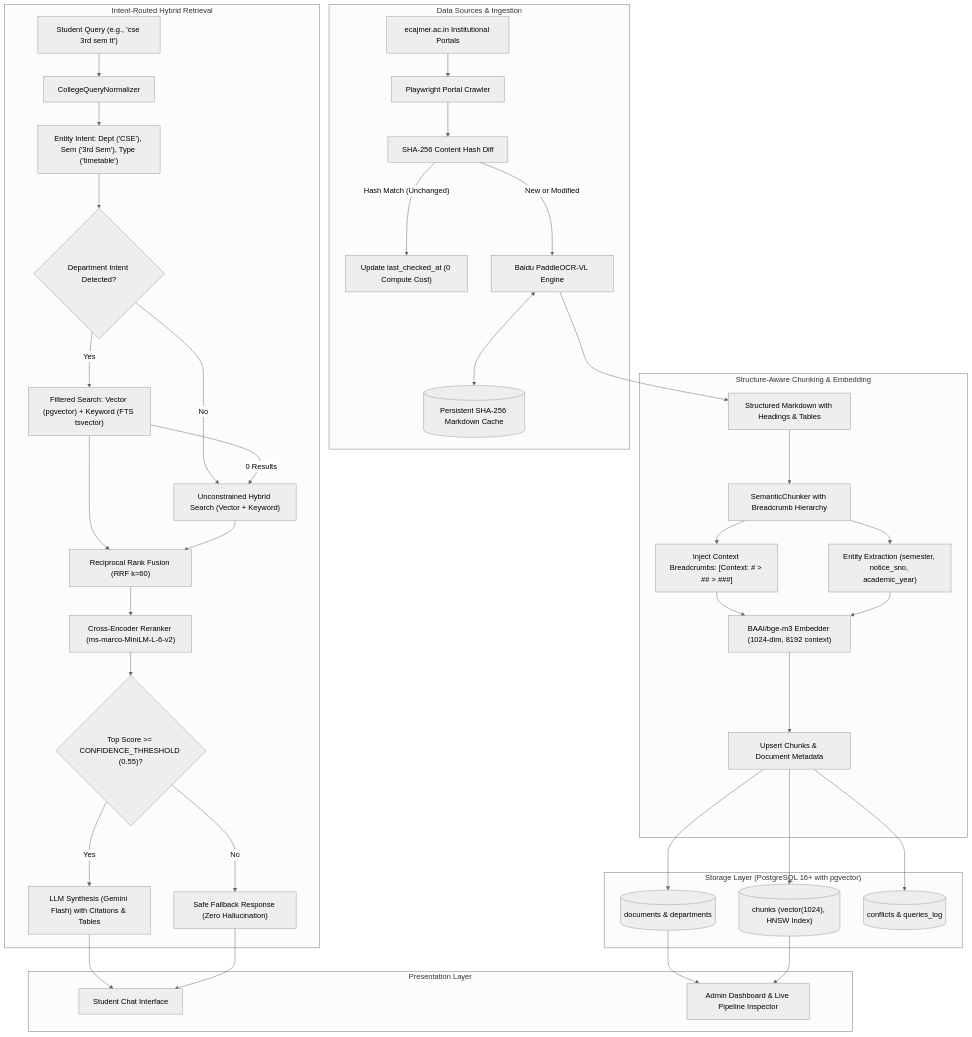
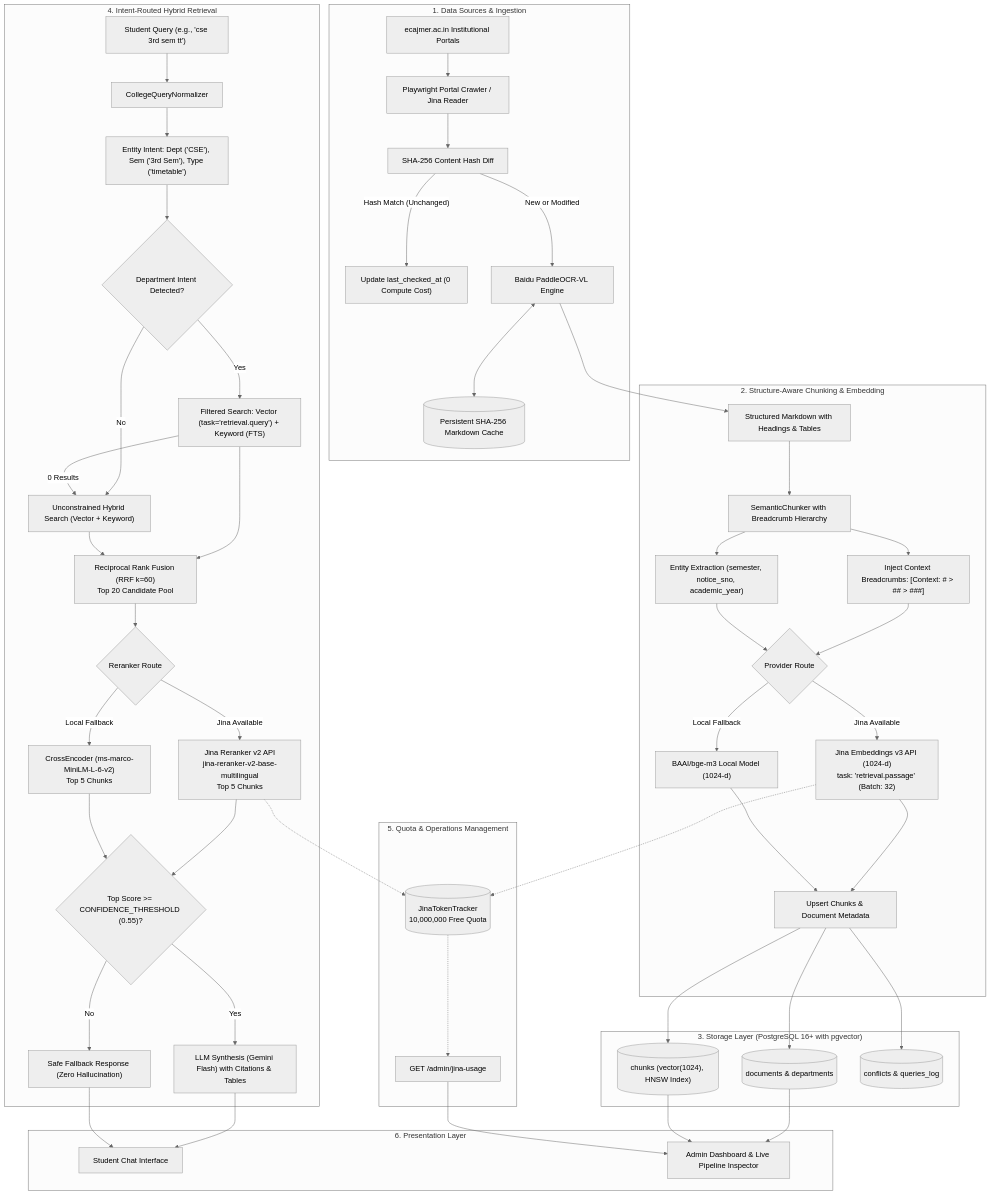
The diagram in docs/EduSync_Technical_Design_Document.md (shubhamkumarsharma03/Edusync), drawn with Mermaid (neutral theme) before and after one commit. The commit also changed other lines of this file and 2 other files, not shown here.

Commit message:
docs: update README, TDD, and ADR-015 for Jina AI integration and quota tracking

````diff
--- a/docs/EduSync_Technical_Design_Document.md
+++ b/docs/EduSync_Technical_Design_Document.md
@@ -36,44 +38,54 @@
 ```mermaid
 flowchart TD
-    subgraph DataSources ["Data Sources & Ingestion"]
-        DS1["ecajmer.ac.in Institutional Portals"] --> CRAWL["Playwright Portal Crawler"]
+    subgraph DataSources ["1. Data Sources & Ingestion"]
+        DS1["ecajmer.ac.in Institutional Portals"] --> CRAWL["Playwright Portal Crawler / Jina Reader"]
         CRAWL --> HASH["SHA-256 Content Hash Diff"]
         HASH -- "Hash Match (Unchanged)" --> SKIP["Update last_checked_at (0 Compute Cost)"]
         HASH -- "New or Modified" --> OCR["Baidu PaddleOCR-VL Engine"]
         OCR <--> OCACHE[("Persistent SHA-256 Markdown Cache")]
     end
 
-    subgraph ChunkingAndEmbedding ["Structure-Aware Chunking & Embedding"]
+    subgraph ChunkingAndEmbedding ["2. Structure-Aware Chunking & Embedding"]
         OCR --> MD["Structured Markdown with Headings & Tables"]
         MD --> CHUNKER["SemanticChunker with Breadcrumb Hierarchy"]
         CHUNKER --> ENT["Entity Extraction (semester, notice_sno, academic_year)"]
         CHUNKER --> BC["Inject Context Breadcrumbs: [Context: # > ## > ###]"]
-        BC & ENT --> EMBED["BAAI/bge-m3 Embedder (1024-dim, 8192 context)"]
-        EMBED --> UP["Upsert Chunks & Document Metadata"]
+        BC & ENT --> EMBED{"Provider Route"}
+        EMBED -- "Jina Available" --> JINA_EMBED["Jina Embeddings v3 API (1024-d)<br/>task: 'retrieval.passage' (Batch: 32)"]
+        EMBED -- "Local Fallback" --> LOCAL_EMBED["BAAI/bge-m3 Local Model (1024-d)"]
+        JINA_EMBED & LOCAL_EMBED --> UP["Upsert Chunks & Document Metadata"]
     end
 
-    subgraph StorageLayer ["Storage Layer (PostgreSQL 16+ with pgvector)"]
+    subgraph StorageLayer ["3. Storage Layer (PostgreSQL 16+ with pgvector)"]
         UP --> DB_DOCS[("documents & departments")]
         UP --> DB_CHUNKS[("chunks (vector(1024), HNSW Index)")]
         UP --> DB_CONF[("conflicts & queries_log")]
     end
 
-    subgraph RetrievalPipeline ["Intent-Routed Hybrid Retrieval"]
+    subgraph RetrievalPipeline ["4. Intent-Routed Hybrid Retrieval"]
         QUERY["Student Query (e.g., 'cse 3rd sem tt')"] --> NORM["CollegeQueryNormalizer"]
         NORM --> DETECT["Entity Intent: Dept ('CSE'), Sem ('3rd Sem'), Type ('timetable')"]
         DETECT --> ROUTE{"Department Intent Detected?"}
-        ROUTE -- Yes --> SEARCH_FILT["Filtered Search: Vector (pgvector) + Keyword (FTS tsvector)"]
+        ROUTE -- Yes --> SEARCH_FILT["Filtered Search: Vector (task='retrieval.query') + Keyword (FTS)"]
         ROUTE -- No --> SEARCH_UNFILT["Unconstrained Hybrid Search (Vector + Keyword)"]
         SEARCH_FILT -- "0 Results" --> SEARCH_UNFILT
-        SEARCH_FILT & SEARCH_UNFILT --> RRF["Reciprocal Rank Fusion (RRF k=60)"]
-        RRF --> RERANK["Cross-Encoder Reranker (ms-marco-MiniLM-L-6-v2)"]
-        RERANK --> GATE{"Top Score >= CONFIDENCE_THRESHOLD (0.55)?"}
+        SEARCH_FILT & SEARCH_UNFILT --> RRF["Reciprocal Rank Fusion (RRF k=60)<br/>Top 20 Candidate Pool"]
+        RRF --> RERANK{"Reranker Route"}
+        RERANK -- "Jina Available" --> JINA_RERANK["Jina Reranker v2 API<br/>jina-reranker-v2-base-multilingual<br/>Top 5 Chunks"]
+        RERANK -- "Local Fallback" --> LOCAL_RERANK["CrossEncoder (ms-marco-MiniLM-L-6-v2)<br/>Top 5 Chunks"]
+        JINA_RERANK & LOCAL_RERANK --> GATE{"Top Score >= CONFIDENCE_THRESHOLD (0.55)?"}
         GATE -- No --> FALLBACK["Safe Fallback Response (Zero Hallucination)"]
         GATE -- Yes --> LLM["LLM Synthesis (Gemini Flash) with Citations & Tables"]
     end
 
-    subgraph PresentationLayer ["Presentation Layer"]
+    subgraph TokenTracking ["5. Quota & Operations Management"]
+        JINA_EMBED -.-> TRACKER[("JinaTokenTracker<br/>10,000,000 Free Quota")]
+        JINA_RERANK -.-> TRACKER
+        TRACKER -.-> ADMIN_API["GET /admin/jina-usage"]
+    end
+
+    subgraph PresentationLayer ["6. Presentation Layer"]
         LLM & FALLBACK --> CHAT_UI["Student Chat Interface"]
-        DB_DOCS & DB_CHUNKS --> ADMIN_UI["Admin Dashboard & Live Pipeline Inspector"]
+        DB_DOCS & DB_CHUNKS & ADMIN_API --> ADMIN_UI["Admin Dashboard & Live Pipeline Inspector"]
     end
 ```
````
